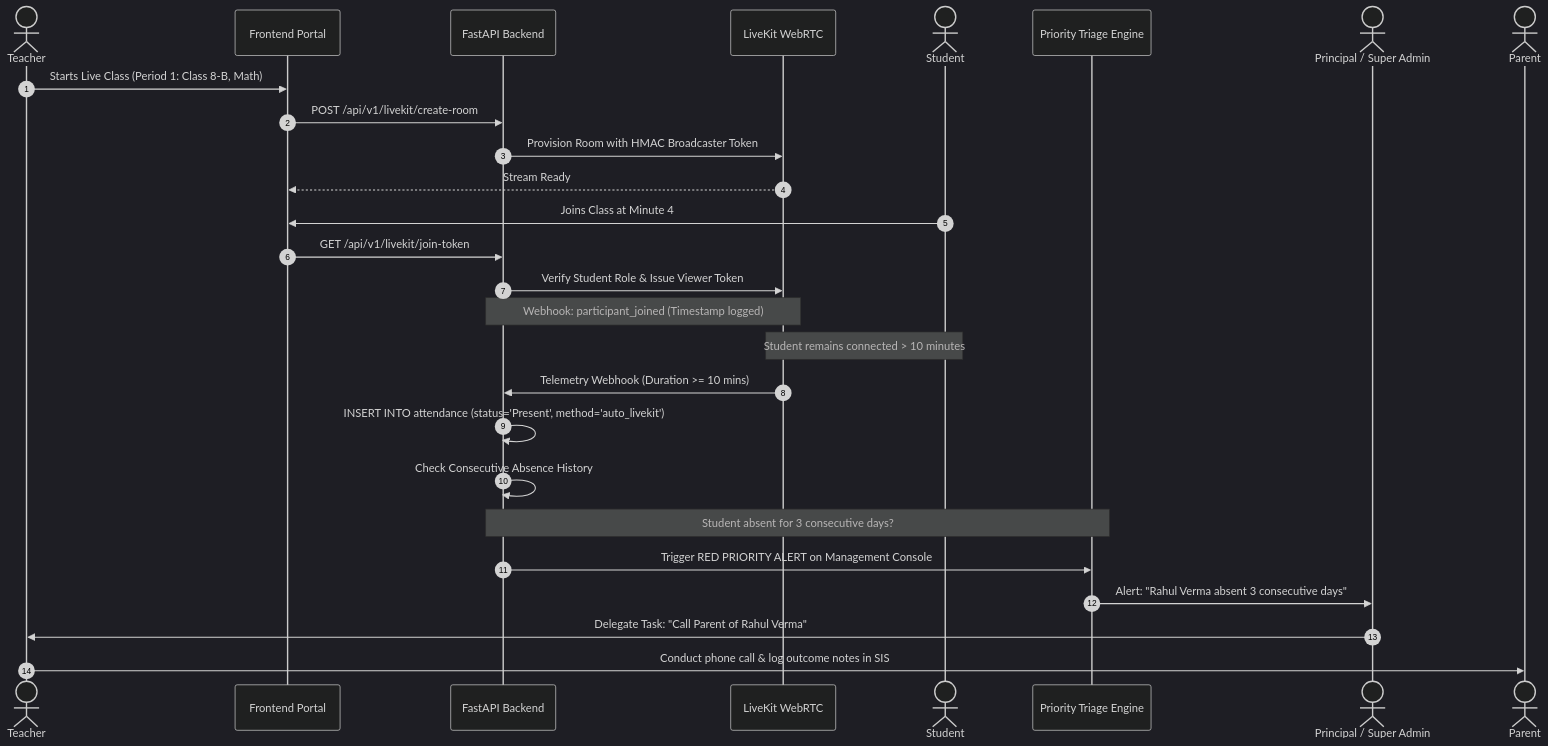
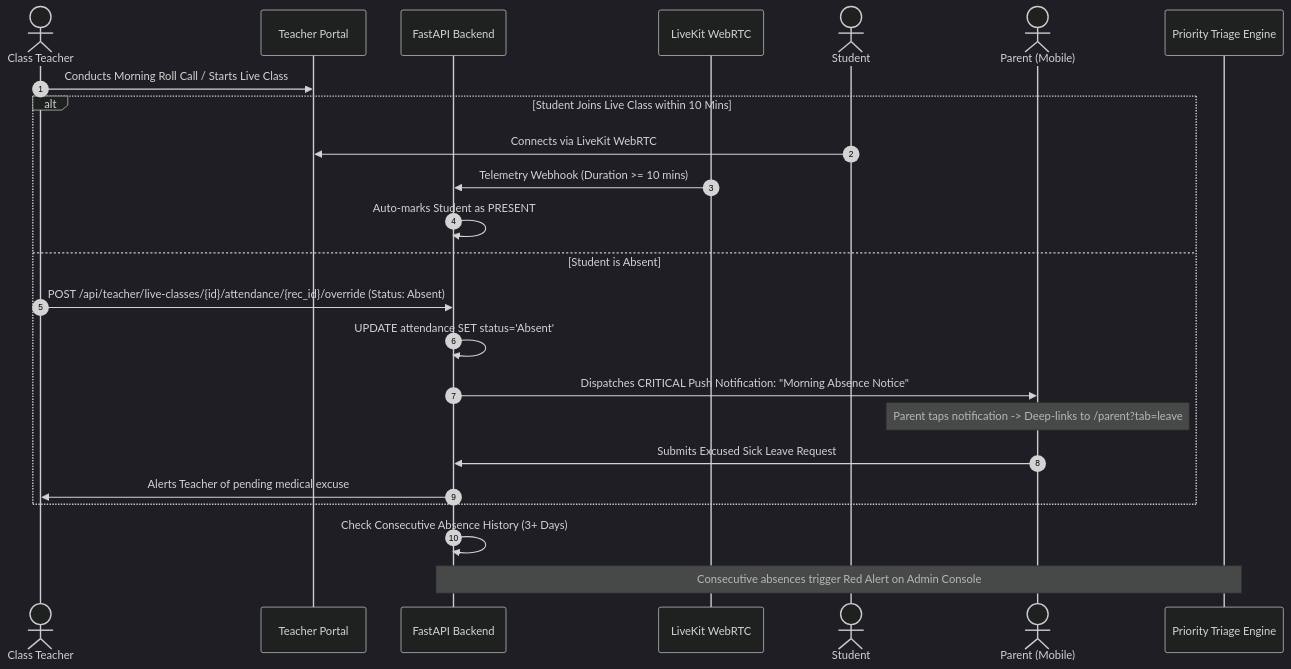
One commit to DiradzProducts/EDU360 changed the first of 9 diagrams in docs/prd/PRD.md. Above: the diagram before and after it, drawn with Mermaid (dark theme). The commit also changed other lines of this file and 54 other files, not shown here.

Commit message:
feat(core): synchronize cross-role workflows, dynamic surveillance, and v10.0 architecture

````diff
--- a/docs/prd/PRD.md
+++ b/docs/prd/PRD.md
@@ -184,30 +204,27 @@
 ```mermaid
 sequenceDiagram
     autonumber
-    actor Teacher as Teacher
-    participant FE as Frontend Portal
+    actor Teacher as Class Teacher
+    participant FE as Teacher Portal
     participant API as FastAPI Backend
     participant LK as LiveKit WebRTC
     actor Student as Student
+    actor Parent as Parent (Mobile)
     participant Triage as Priority Triage Engine
-    actor Admin as Principal / Super Admin
-    actor Parent as Parent
 
-    Teacher->>FE: Starts Live Class (Period 1: Class 8-B, Math)
-    FE->>API: POST /api/v1/livekit/create-room
-    API->>LK: Provision Room with HMAC Broadcaster Token
-    LK-->>FE: Stream Ready
-    Student->>FE: Joins Class at Minute 4
-    FE->>API: GET /api/v1/livekit/join-token
-    API->>LK: Verify Student Role & Issue Viewer Token
-    Note over LK,API: Webhook: participant_joined (Timestamp logged)
-    Note over Student,LK: Student remains connected > 10 minutes
-    LK->>API: Telemetry Webhook (Duration >= 10 mins)
-    API->>API: INSERT INTO attendance (status='Present', method='auto_livekit')
-    API->>API: Check Consecutive Absence History
-    Note over API,Triage: Student absent for 3 consecutive days?
-    API->>Triage: Trigger RED PRIORITY ALERT on Management Console
-    Triage->>Admin: Alert: "Rahul Verma absent 3 consecutive days"
-    Admin->>Teacher: Delegate Task: "Call Parent of Rahul Verma"
-    Teacher->>Parent: Conduct phone call & log outcome notes in SIS
+    Teacher->>FE: Conducts Morning Roll Call / Starts Live Class
+    alt Student Joins Live Class within 10 Mins
+        Student->>FE: Connects via LiveKit WebRTC
+        LK->>API: Telemetry Webhook (Duration >= 10 mins)
+        API->>API: Auto-marks Student as PRESENT
+    else Student is Absent
+        Teacher->>API: POST /api/teacher/live-classes/{id}/attendance/{rec_id}/override (Status: Absent)
+        API->>API: UPDATE attendance SET status='Absent'
+        API->>Parent: Dispatches CRITICAL Push Notification: "Morning Absence Notice"
+        Note over Parent: Parent taps notification -> Deep-links to /parent?tab=leave
+        Parent->>API: Submits Excused Sick Leave Request
+        API->>Teacher: Alerts Teacher of pending medical excuse
+    end
+    API->>API: Check Consecutive Absence History (3+ Days)
+    Note over API,Triage: Consecutive absences trigger Red Alert on Admin Console
 ```
````
